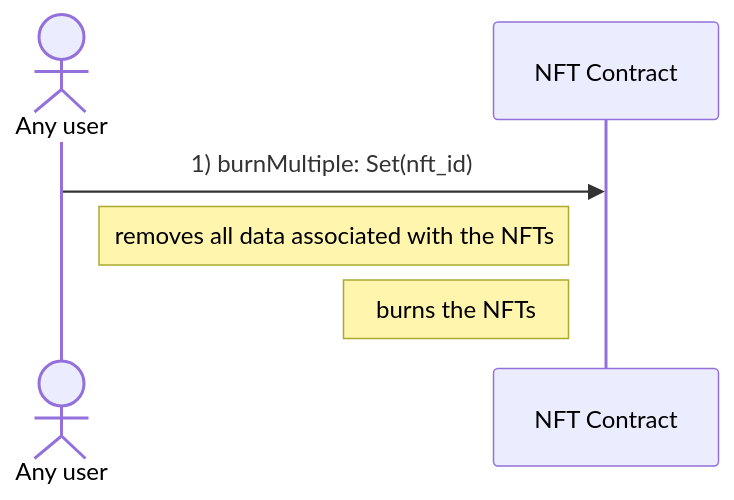
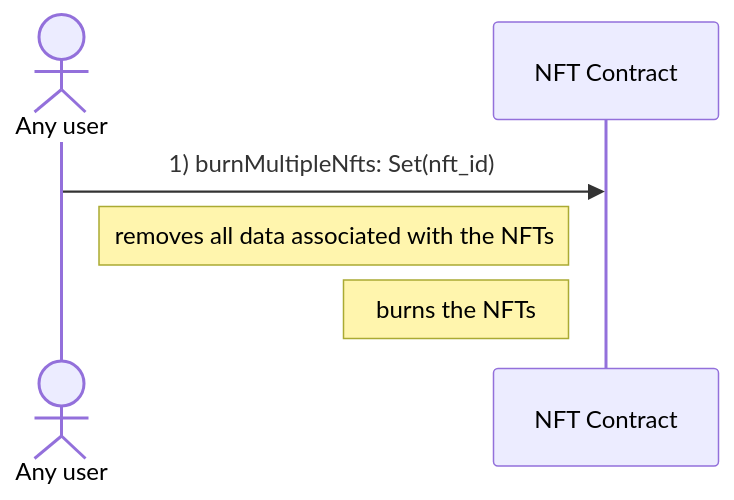
Before and after one commit to marc0olo/aens-nfts: the second of 2 diagrams in docs/diagrams/burn_nfts.md, drawn with Mermaid. The commit also changed 2 other files, not shown here.

Commit message:
update interface due to duplicate entrypoints

````diff
--- a/docs/diagrams/burn_nfts.md
+++ b/docs/diagrams/burn_nfts.md
@@ -21,7 +21,7 @@
 ```mermaid
 sequenceDiagram
     actor Any user
-    Any user ->> NFT Contract: 1) burnMultiple: Set(nft_id)
+    Any user ->> NFT Contract: 1) burnMultipleNfts: Set(nft_id)
     Note left of NFT Contract: removes all data associated with the NFTs
     Note left of NFT Contract: burns the NFTs
 ```
````
